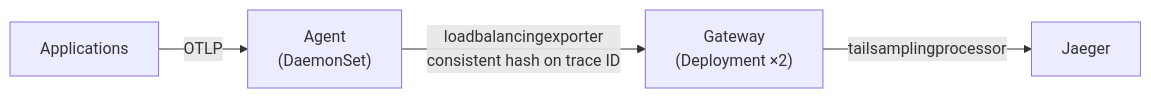
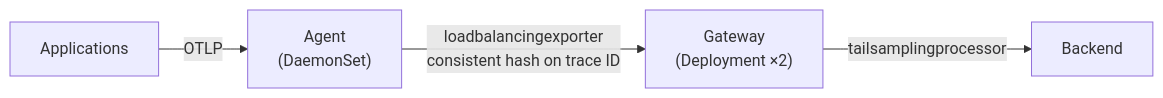
One commit to dash0hq/kubecon26EU-sampling changed the diagram in assets/diagrams/tail-sampling.mmd. Above: the diagram before and after it, drawn with Mermaid. The commit also changed 17 other files, not shown here.

```diff
--- a/assets/diagrams/tail-sampling.mmd
+++ b/assets/diagrams/tail-sampling.mmd
@@ -1,4 +1,4 @@
 flowchart LR
     A[Applications] -->|OTLP| B["Agent\n(DaemonSet)"]
     B -->|"loadbalancingexporter\nconsistent hash on trace ID"| C["Gateway\n(Deployment ×2)"]
-    C -->|tailsamplingprocessor| D["Jaeger"]
+    C -->|tailsamplingprocessor| D["Backend"]
```
